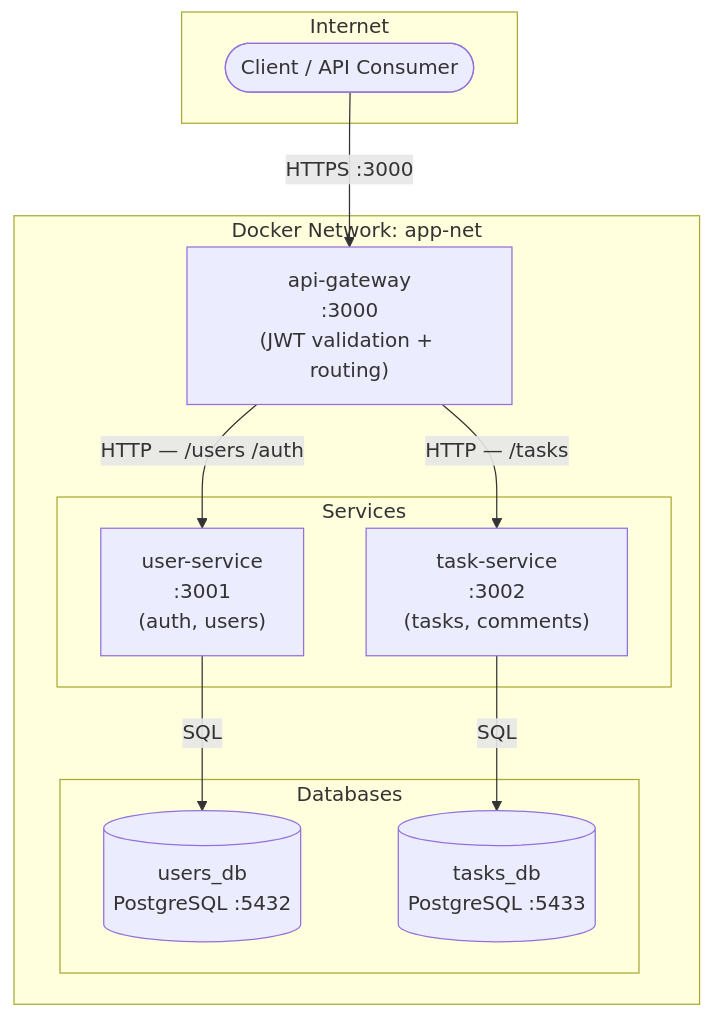
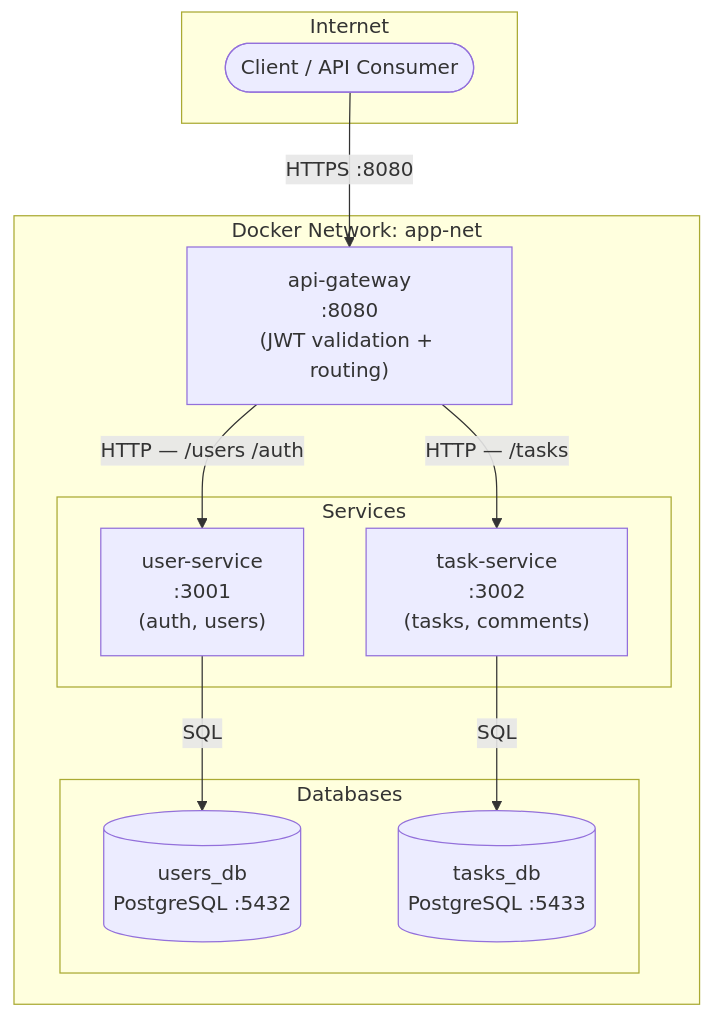
One commit to walterdmt88-taskmanager/docs changed the first of 2 diagrams in docs/architecture.md. Above: the diagram before and after it, drawn with Mermaid. The commit also changed other lines of this file and 5 other files, not shown here.

First line of the commit message:
Day 8 — project definition: DOP-001, IRD-001/002/003, architecture, sprint-01

````diff
--- a/docs/architecture.md
+++ b/docs/architecture.md
@@ -8,26 +8,26 @@
 ```mermaid
 graph TB
   subgraph Internet
     Client([Client / API Consumer])
   end
 
   subgraph Docker Network: app-net
-    GW["api-gateway\n:3000\n(JWT validation + routing)"]
+    GW["api-gateway\n:8080\n(JWT validation + routing)"]
 
     subgraph Services
       US["user-service\n:3001\n(auth, users)"]
       TS["task-service\n:3002\n(tasks, comments)"]
     end
 
     subgraph Databases
       UDB[("users_db\nPostgreSQL :5432")]
       TDB[("tasks_db\nPostgreSQL :5433")]
     end
   end
 
-  Client -->|HTTPS :3000| GW
+  Client -->|HTTPS :8080| GW
   GW -->|HTTP — /users /auth| US
   GW -->|HTTP — /tasks| TS
   US -->|SQL| UDB
   TS -->|SQL| TDB
 ```
````
